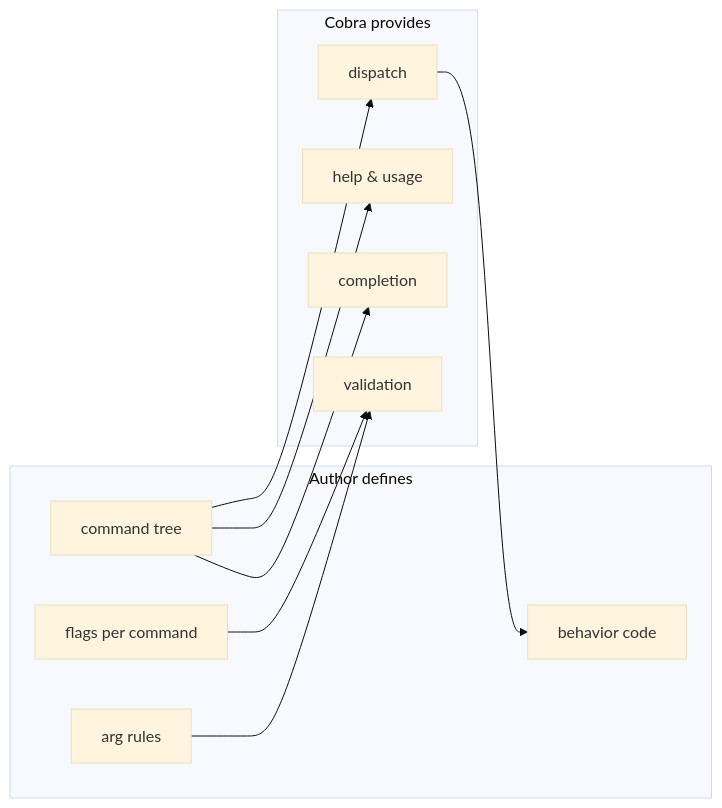
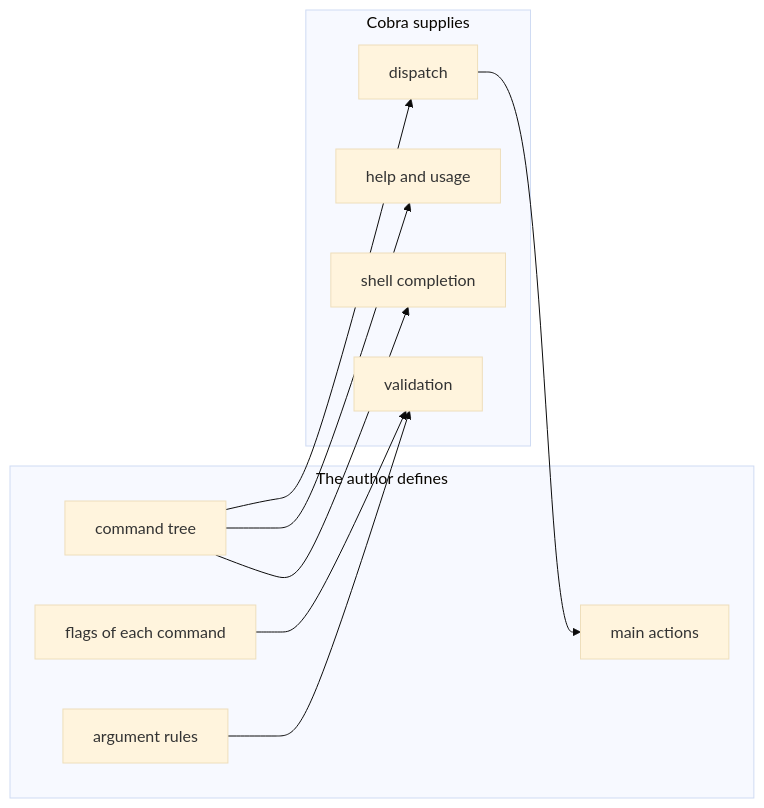
One commit to KeunwooPark/cluedoc changed the second of 2 diagrams in docs/examples/cobra/.cluedoc/README.md. Above: the diagram before and after it, drawn with Mermaid (base theme). The commit also changed other lines of this file and 22 other files, not shown here.

````diff
--- a/docs/examples/cobra/.cluedoc/README.md
+++ b/docs/examples/cobra/.cluedoc/README.md
@@ -48,20 +50,20 @@
 ```mermaid
 flowchart LR
-    subgraph Author defines
+    subgraph AUTHOR ["The author defines"]
     A["command tree"]
-    B["flags per command"]
-    C["arg rules"]
-    D["behavior code"]
+    B["flags of each command"]
+    C["argument rules"]
+    D["main actions"]
     end
-    subgraph Cobra provides
+    subgraph COBRA ["Cobra supplies"]
     E["dispatch"]
     F["validation"]
-    G["help & usage"]
-    H["completion"]
+    G["help and usage"]
+    H["shell completion"]
     end
     A --> E --> D
     B --> F
     C --> F
     A --> G
     A --> H
 ```
````
